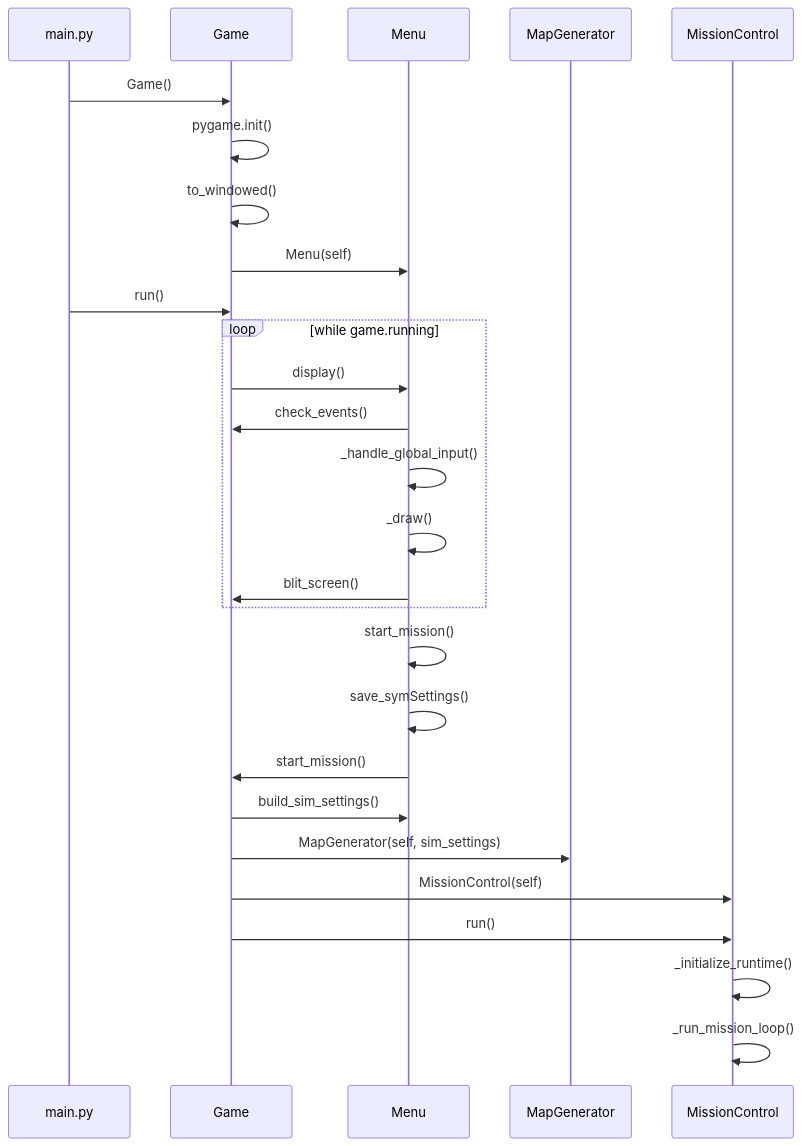
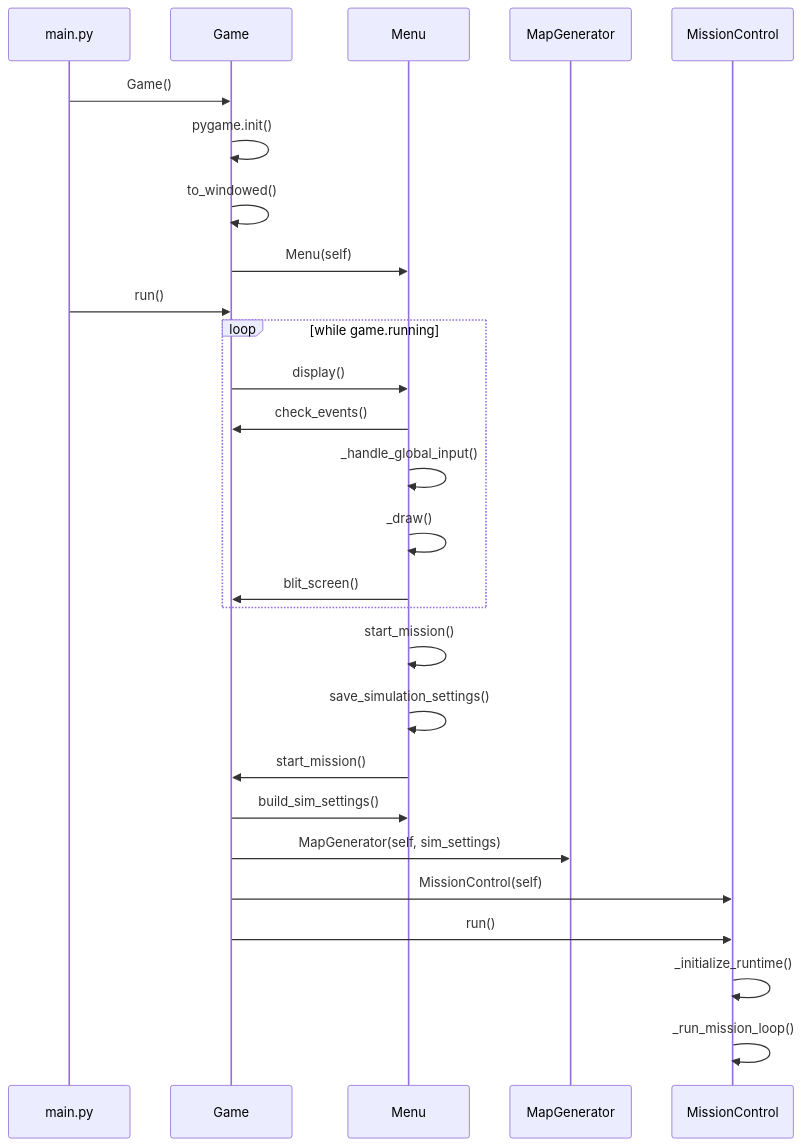
One commit to Gmark117/Cave_Game changed the second of 14 diagrams in CODEFLOW.md. Above: the diagram before and after it, drawn with Mermaid. The commit also changed other lines of this file and 82 other files, not shown here.

````diff
--- a/CODEFLOW.md
+++ b/CODEFLOW.md
@@ -74,30 +80,30 @@
 ```mermaid
 sequenceDiagram
     participant Main as main.py
     participant Game as Game
     participant Menu as Menu
     participant Map as MapGenerator
     participant MC as MissionControl
 
     Main->>Game: Game()
     Game->>Game: pygame.init()
     Game->>Game: to_windowed()
     Game->>Menu: Menu(self)
     Main->>Game: run()
     loop while game.running
         Game->>Menu: display()
         Menu->>Game: check_events()
         Menu->>Menu: _handle_global_input()
         Menu->>Menu: _draw()
         Menu->>Game: blit_screen()
     end
     Menu->>Menu: start_mission()
-    Menu->>Menu: save_symSettings()
+    Menu->>Menu: save_simulation_settings()
     Menu->>Game: start_mission()
     Game->>Menu: build_sim_settings()
     Game->>Map: MapGenerator(self, sim_settings)
     Game->>MC: MissionControl(self)
     Game->>MC: run()
     MC->>MC: _initialize_runtime()
     MC->>MC: _run_mission_loop()
 ```
````
